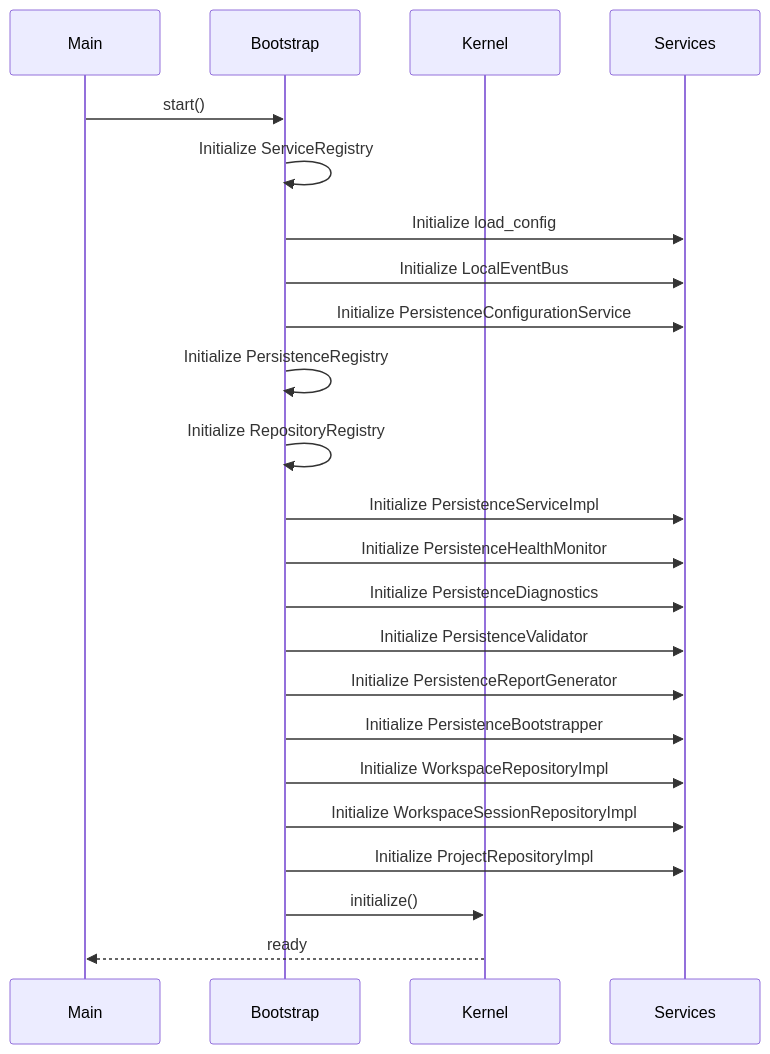
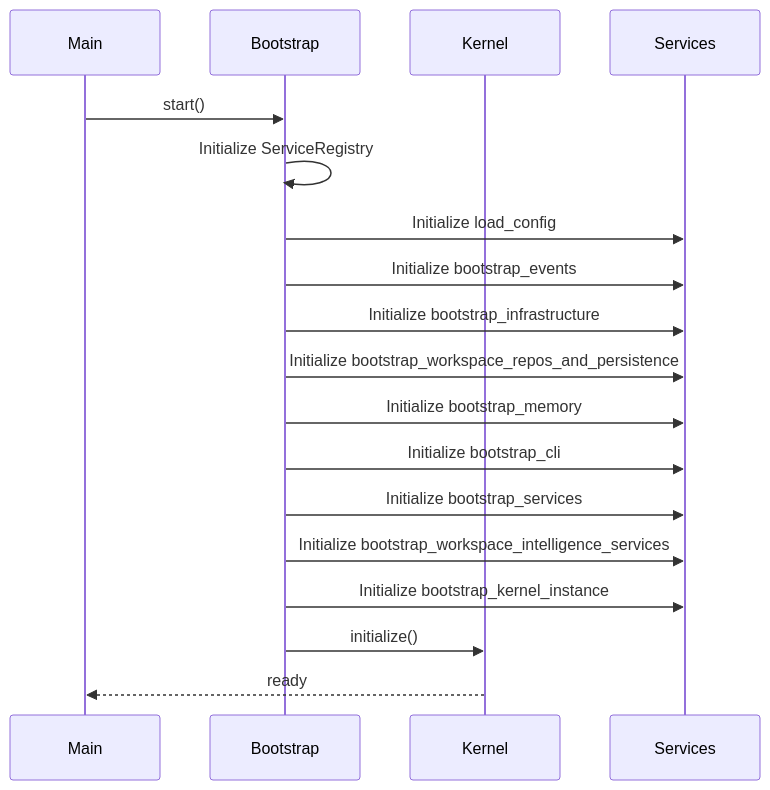
The diagram in docs/diagrams/runtime.md (Anzar0904/Aios), drawn with Mermaid before and after one commit. The commit also changed other lines of this file and 987 other files, not shown here.

````diff
--- a/docs/diagrams/runtime.md
+++ b/docs/diagrams/runtime.md
@@ -15,26 +15,21 @@
 ```mermaid
 sequenceDiagram
     participant Main
     participant Bootstrap
     participant Kernel
     participant Services
 
     Main->>Bootstrap: start()
     Bootstrap->>Bootstrap: Initialize ServiceRegistry
     Bootstrap->>Services: Initialize load_config
-    Bootstrap->>Services: Initialize LocalEventBus
-    Bootstrap->>Services: Initialize PersistenceConfigurationService
-    Bootstrap->>Bootstrap: Initialize PersistenceRegistry
-    Bootstrap->>Bootstrap: Initialize RepositoryRegistry
-    Bootstrap->>Services: Initialize PersistenceServiceImpl
-    Bootstrap->>Services: Initialize PersistenceHealthMonitor
-    Bootstrap->>Services: Initialize PersistenceDiagnostics
-    Bootstrap->>Services: Initialize PersistenceValidator
-    Bootstrap->>Services: Initialize PersistenceReportGenerator
-    Bootstrap->>Services: Initialize PersistenceBootstrapper
-    Bootstrap->>Services: Initialize WorkspaceRepositoryImpl
-    Bootstrap->>Services: Initialize WorkspaceSessionRepositoryImpl
-    Bootstrap->>Services: Initialize ProjectRepositoryImpl
+    Bootstrap->>Services: Initialize bootstrap_events
+    Bootstrap->>Services: Initialize bootstrap_infrastructure
+    Bootstrap->>Services: Initialize bootstrap_workspace_repos_and_persistence
+    Bootstrap->>Services: Initialize bootstrap_memory
+    Bootstrap->>Services: Initialize bootstrap_cli
+    Bootstrap->>Services: Initialize bootstrap_services
+    Bootstrap->>Services: Initialize bootstrap_workspace_intelligence_services
+    Bootstrap->>Services: Initialize bootstrap_kernel_instance
     Bootstrap->>Kernel: initialize()
     Kernel-->>Main: ready
 ```
````
